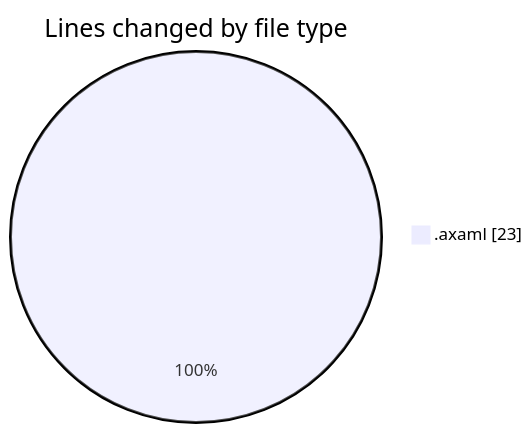
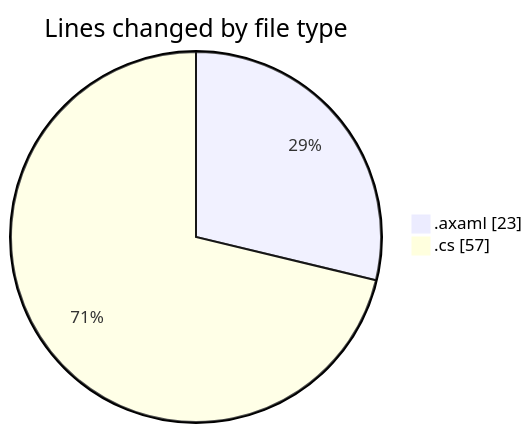
The first of 2 diagrams in 2025-11-01/skintrack/README.md (Netris89/code-tracking), drawn with Mermaid before and after one commit. The commit also changed other lines of this file and 1 other file, not shown here.

````diff
--- a/2025-11-01/skintrack/README.md
+++ b/2025-11-01/skintrack/README.md
@@ -20,5 +21,6 @@
 ```mermaid
 pie showData
 title Lines changed by file type
 ".axaml" : 23
+".cs" : 57
 ```
````
